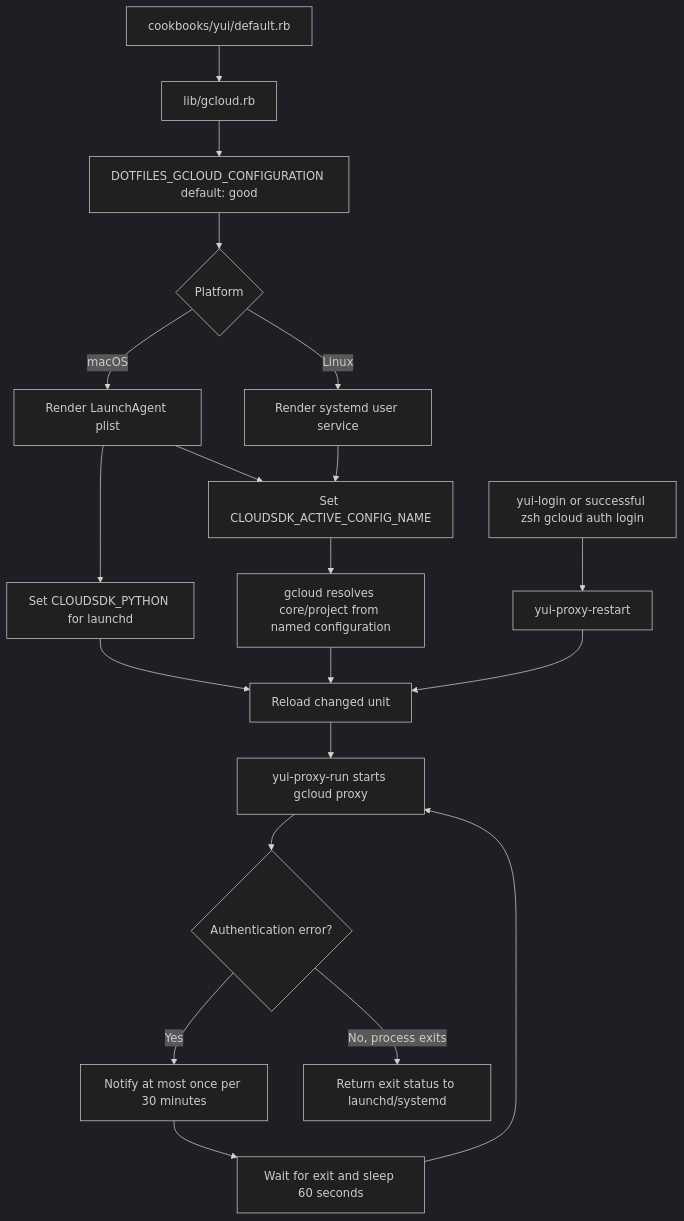
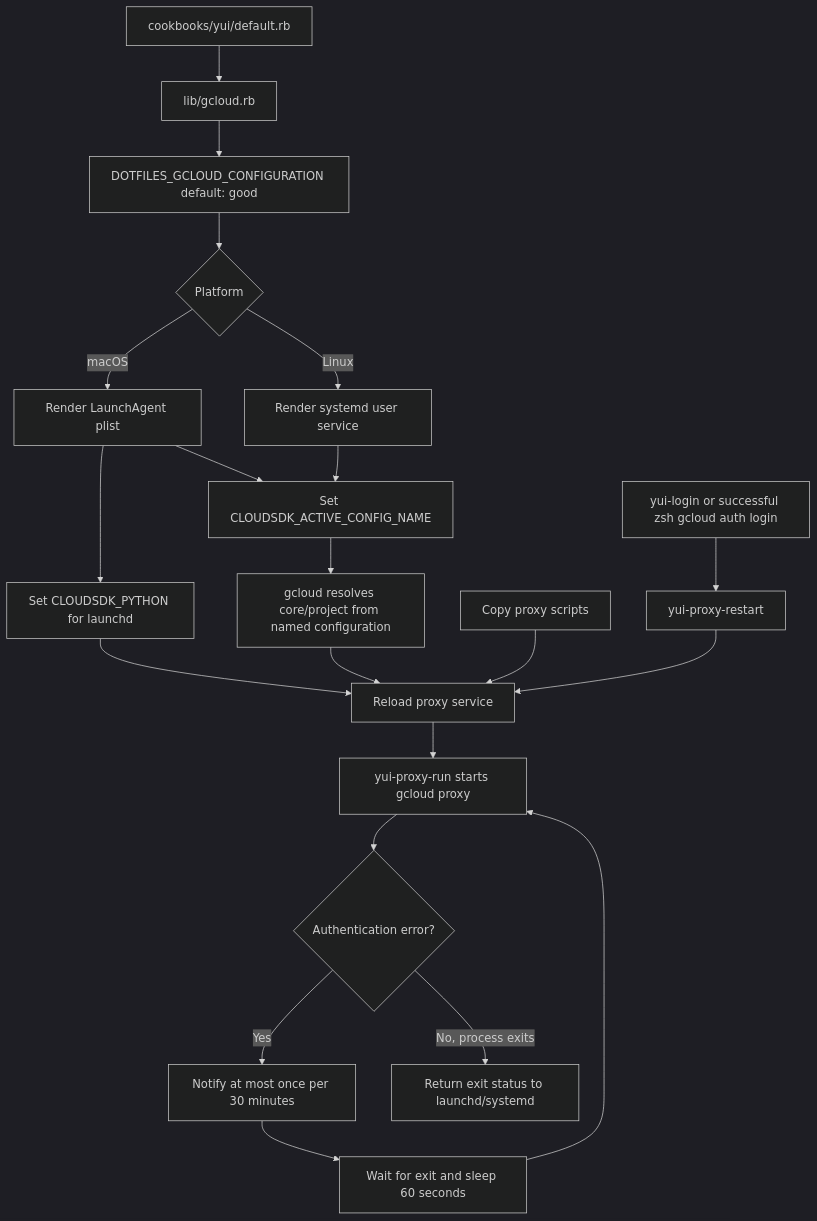
The seventh of 7 diagrams in README.md (Tyaba/dotfiles), drawn with Mermaid (dark theme) before and after one commit. The commit also changed other lines of this file and 2 other files, not shown here.

First line of the commit message:
fix(yui): yui-proxy のスクリプトを symlink ではなくコピーで配置する (#100)

````diff
--- a/README.md
+++ b/README.md
@@ -356,22 +358,23 @@
 ```mermaid
 flowchart TD
     A[cookbooks/yui/default.rb] --> B[lib/gcloud.rb]
     B --> C[DOTFILES_GCLOUD_CONFIGURATION default: good]
     C --> D{Platform}
     D -->|macOS| E[Render LaunchAgent plist]
     D -->|Linux| F[Render systemd user service]
     E --> G[Set CLOUDSDK_ACTIVE_CONFIG_NAME]
     F --> G
     E --> H[Set CLOUDSDK_PYTHON for launchd]
     G --> I[gcloud resolves core/project from named configuration]
-    H --> J[Reload changed unit]
+    H --> J[Reload proxy service]
     I --> J
+    R[Copy proxy scripts] --> J
     J --> K[yui-proxy-run starts gcloud proxy]
     K --> L{Authentication error?}
     L -->|Yes| M[Notify at most once per 30 minutes]
     M --> N[Wait for exit and sleep 60 seconds]
     N --> K
     L -->|No, process exits| O[Return exit status to launchd/systemd]
     P[yui-login or successful zsh gcloud auth login] --> Q[yui-proxy-restart]
     Q --> J
 ```
````
